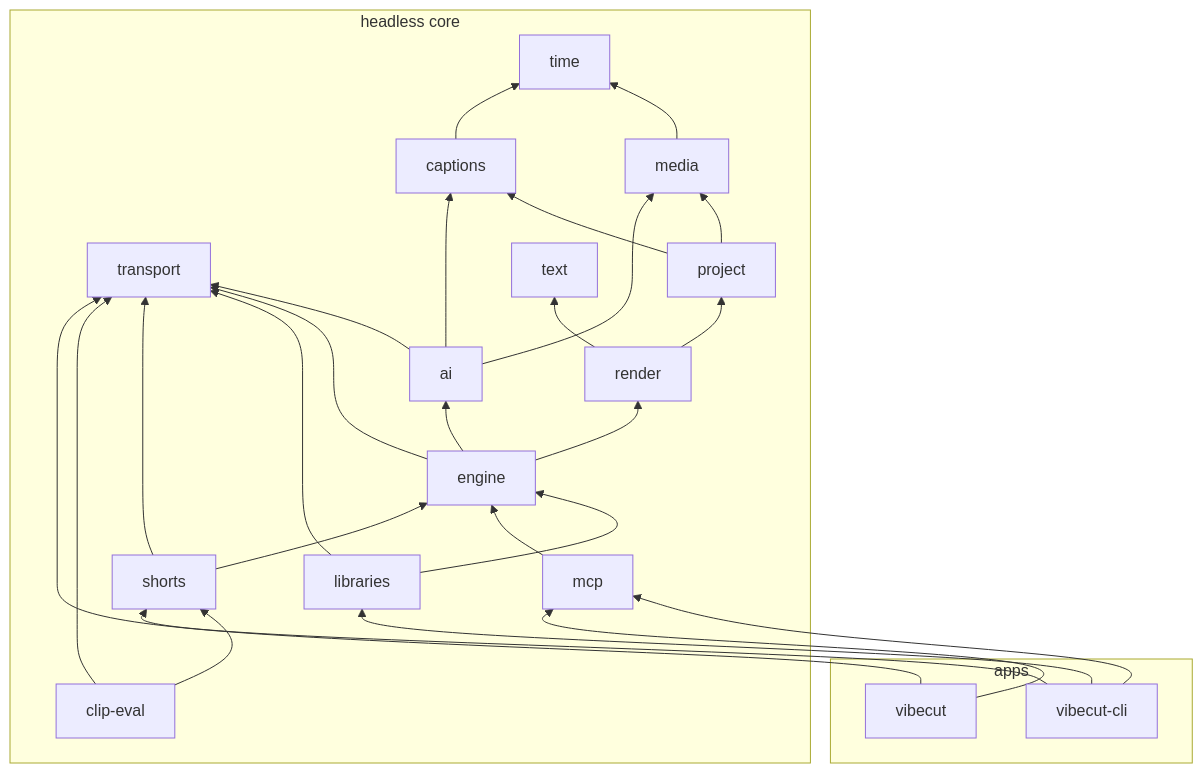
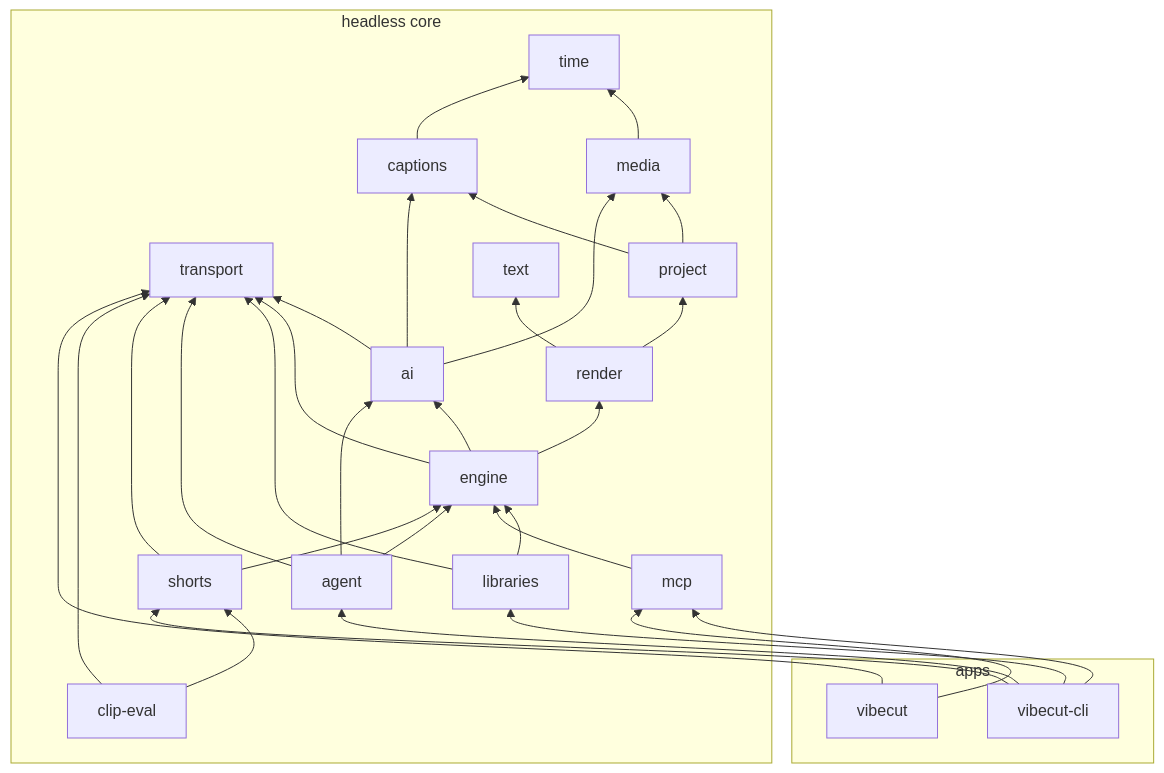
One commit to canhta/vibecut changed the first of 2 diagrams in docs/engineering/architecture.md. Above: the diagram before and after it, drawn with Mermaid. The commit also changed other lines of this file and 36 other files, not shown here.

First line of the commit message:
feat(agent): add the agent crate with turn loop, tool set, policy and CLI command

````diff
--- a/docs/engineering/architecture.md
+++ b/docs/engineering/architecture.md
@@ -30,34 +31,38 @@
 ```mermaid
 flowchart BT
   transport
   media --> time
   captions --> time
   project --> media
   project --> captions
   ai --> media
   ai --> captions
   ai --> transport
   render --> project
   render --> text
   engine --> render
   engine --> ai
   engine --> transport
   libraries --> engine
   libraries --> transport
   mcp --> engine
+  agent --> engine
+  agent --> ai
+  agent --> transport
   shorts --> engine
   shorts --> transport
   eval[clip-eval] --> shorts
   eval --> transport
   cli[vibecut-cli] --> shorts
   cli --> libraries
   cli --> mcp
+  cli --> agent
   app[vibecut] --> mcp
   app --> transport
   subgraph apps
     cli; app
   end
   subgraph core[headless core]
-    time; text; transport; media; captions; project; ai; render; engine; mcp; libraries; shorts; eval
+    time; text; transport; media; captions; project; ai; render; engine; mcp; agent; libraries; shorts; eval
   end
 ```
````
